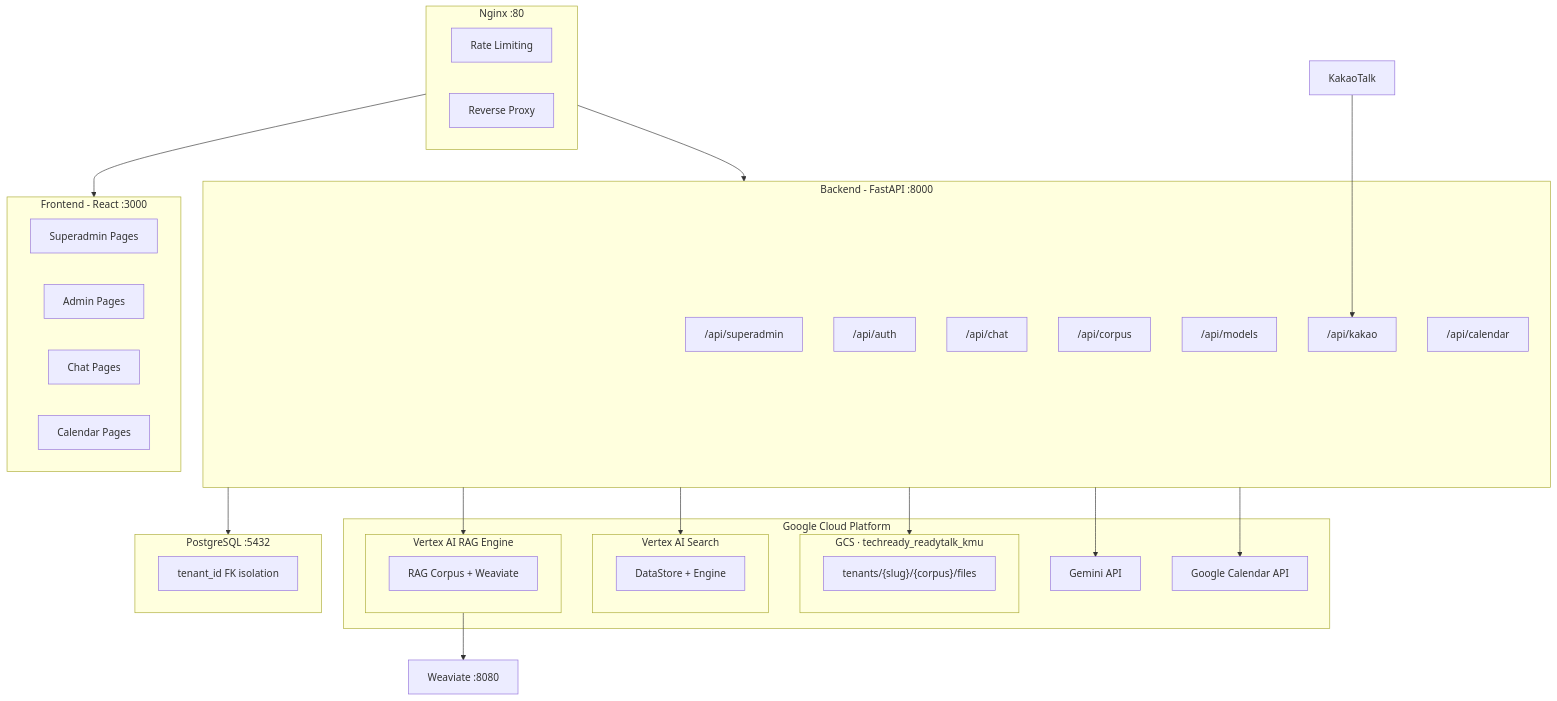
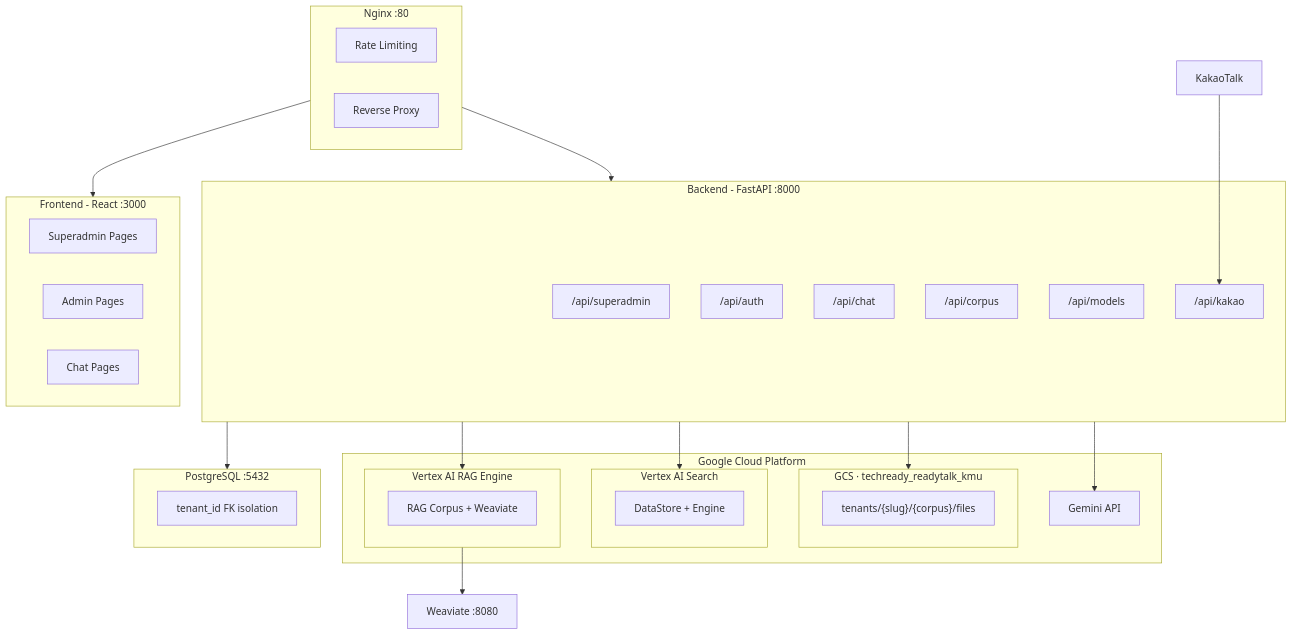
Before and after one commit to pages-making/pages-making: the diagram in README.md, drawn with Mermaid. The commit also changed other lines of this file, not shown here.

````diff
--- a/README.md
+++ b/README.md
@@ -121,57 +129,53 @@
 ```mermaid
 graph TB
     subgraph NGINX["Nginx :80"]
         direction LR
         RL[Rate Limiting]
         RP[Reverse Proxy]
     end
 
     subgraph FE["Frontend - React :3000"]
         SA_UI[Superadmin Pages]
         ADMIN_UI[Admin Pages]
         CHAT_UI[Chat Pages]
-        CAL_UI[Calendar Pages]
     end
 
     subgraph BE["Backend - FastAPI :8000"]
         R1["/api/superadmin"]
         R2["/api/auth"]
         R3["/api/chat"]
         R4["/api/corpus"]
         R5["/api/models"]
         R6["/api/kakao"]
-        R7["/api/calendar"]
     end
 
     subgraph DB["PostgreSQL :5432"]
         TENANT_DATA["tenant_id FK isolation"]
     end
 
     subgraph GCP["Google Cloud Platform"]
         subgraph RAG["Vertex AI RAG Engine"]
             RAG_CORPUS["RAG Corpus + Weaviate"]
         end
         subgraph VAS["Vertex AI Search"]
             DS["DataStore + Engine"]
         end
         subgraph GCS["GCS · techready_readytalk_kmu"]
             BUCKET["tenants/{slug}/{corpus}/files"]
         end
         GEMINI["Gemini API"]
-        GCAL["Google Calendar API"]
     end
 
     WEAVIATE["Weaviate :8080"]
 
     KAKAO["KakaoTalk"] --> R6
 
     NGINX --> FE
     NGINX --> BE
     BE --> DB
     BE --> RAG
     BE --> VAS
     BE --> GCS
     BE --> GEMINI
-    BE --> GCAL
     RAG --> WEAVIATE
 ```
````
